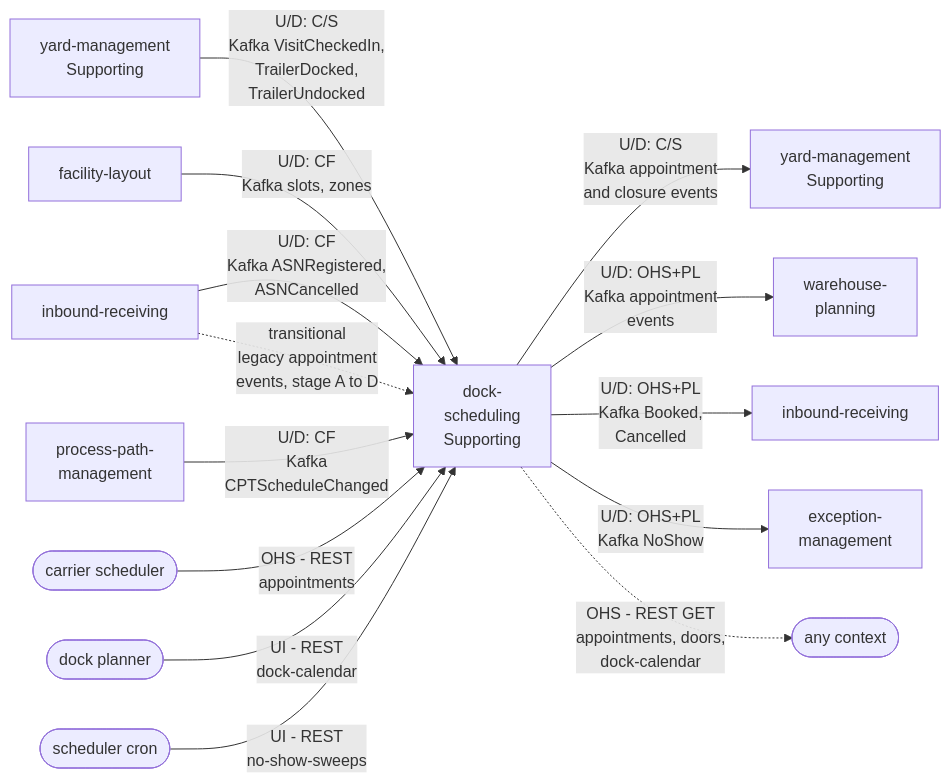
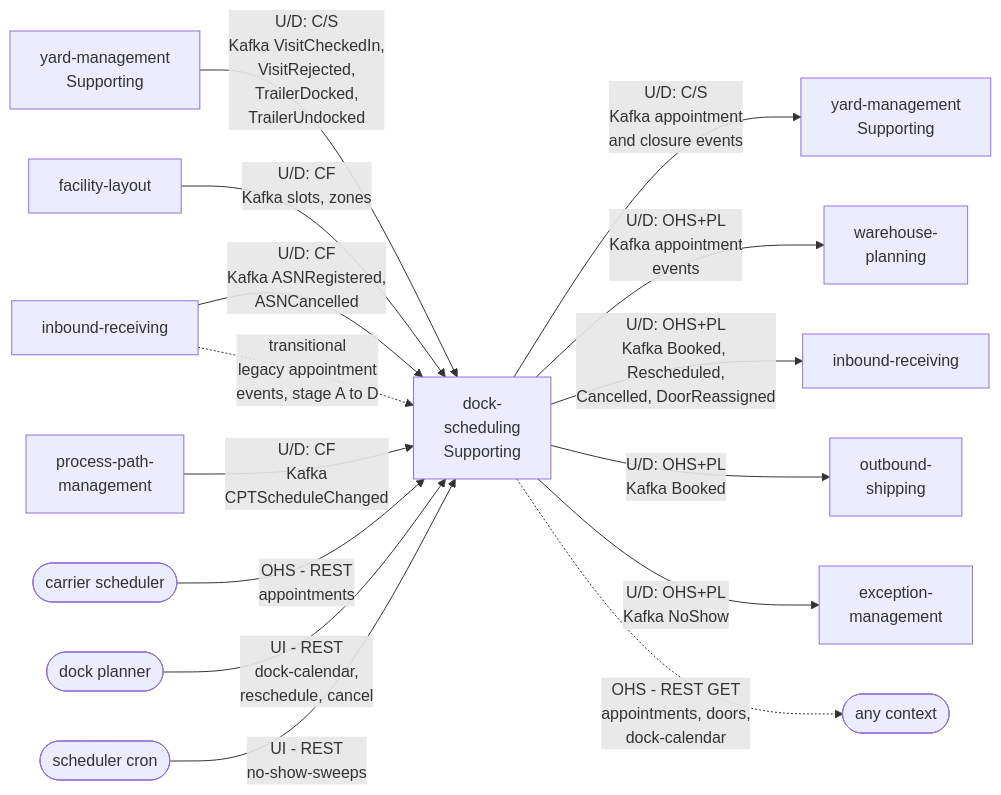
The diagram in yard/docs/contexts/dock-scheduling/context-map.md (IQVO/warehouse-docs), drawn with Mermaid before and after one commit. The commit also changed other lines of this file and 51 other files, not shown here.

````diff
--- a/yard/docs/contexts/dock-scheduling/context-map.md
+++ b/yard/docs/contexts/dock-scheduling/context-map.md
@@ -20,30 +20,32 @@
 ```mermaid
 flowchart LR
     YM1["yard-management<br/>Supporting"]
     FL["facility-layout"]
     IR1["inbound-receiving"]
     PP["process-path-<br/>management"]
     CS(["carrier scheduler"])
     DP(["dock planner"])
     CR(["scheduler cron"])
     DS["dock-<br/>scheduling<br/>Supporting"]
     YM2["yard-management<br/>Supporting"]
     WP["warehouse-<br/>planning"]
     IR2["inbound-receiving"]
     EM["exception-<br/>management"]
+    OS["outbound-<br/>shipping"]
     ANY(["any context"])
 
-    YM1 -->|"U/D: C/S<br/>Kafka VisitCheckedIn,<br/>TrailerDocked,<br/>TrailerUndocked"| DS
+    YM1 -->|"U/D: C/S<br/>Kafka VisitCheckedIn,<br/>VisitRejected,<br/>TrailerDocked,<br/>TrailerUndocked"| DS
     FL -->|"U/D: CF<br/>Kafka slots, zones"| DS
     IR1 -->|"U/D: CF<br/>Kafka ASNRegistered,<br/>ASNCancelled"| DS
     IR1 -.->|"transitional<br/>legacy appointment<br/>events, stage A to D"| DS
     PP -->|"U/D: CF<br/>Kafka<br/>CPTScheduleChanged"| DS
     CS -->|"OHS - REST<br/>appointments"| DS
-    DP -->|"UI - REST<br/>dock-calendar"| DS
+    DP -->|"UI - REST<br/>dock-calendar,<br/>reschedule, cancel"| DS
     CR -->|"UI - REST<br/>no-show-sweeps"| DS
     DS -->|"U/D: C/S<br/>Kafka appointment<br/>and closure events"| YM2
     DS -->|"U/D: OHS+PL<br/>Kafka appointment<br/>events"| WP
-    DS -->|"U/D: OHS+PL<br/>Kafka Booked,<br/>Cancelled"| IR2
+    DS -->|"U/D: OHS+PL<br/>Kafka Booked, Rescheduled,<br/>Cancelled, DoorReassigned"| IR2
+    DS -->|"U/D: OHS+PL<br/>Kafka Booked"| OS
     DS -->|"U/D: OHS+PL<br/>Kafka NoShow"| EM
     DS -.->|"OHS - REST GET<br/>appointments, doors,<br/>dock-calendar"| ANY
 ```
````
